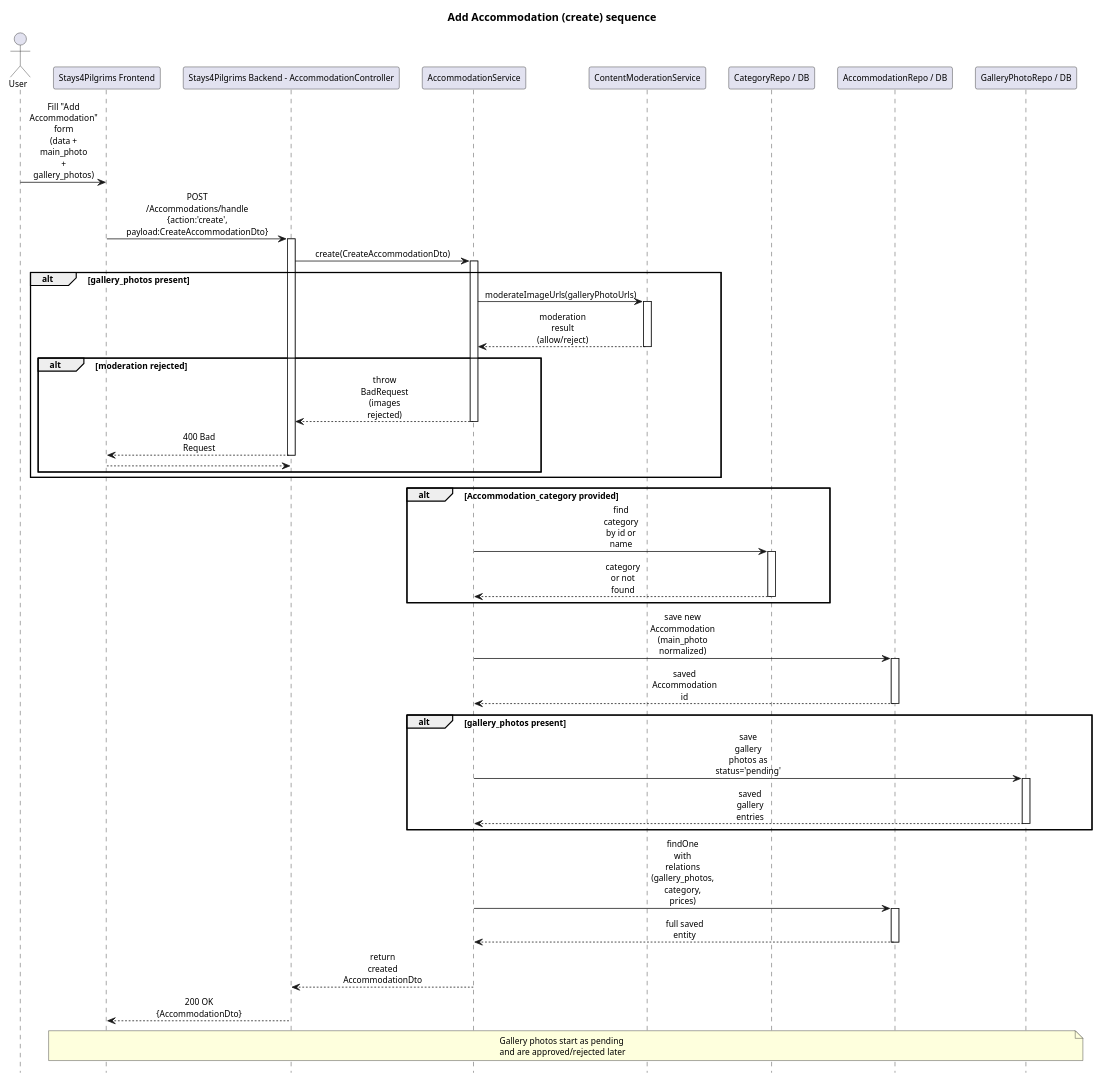
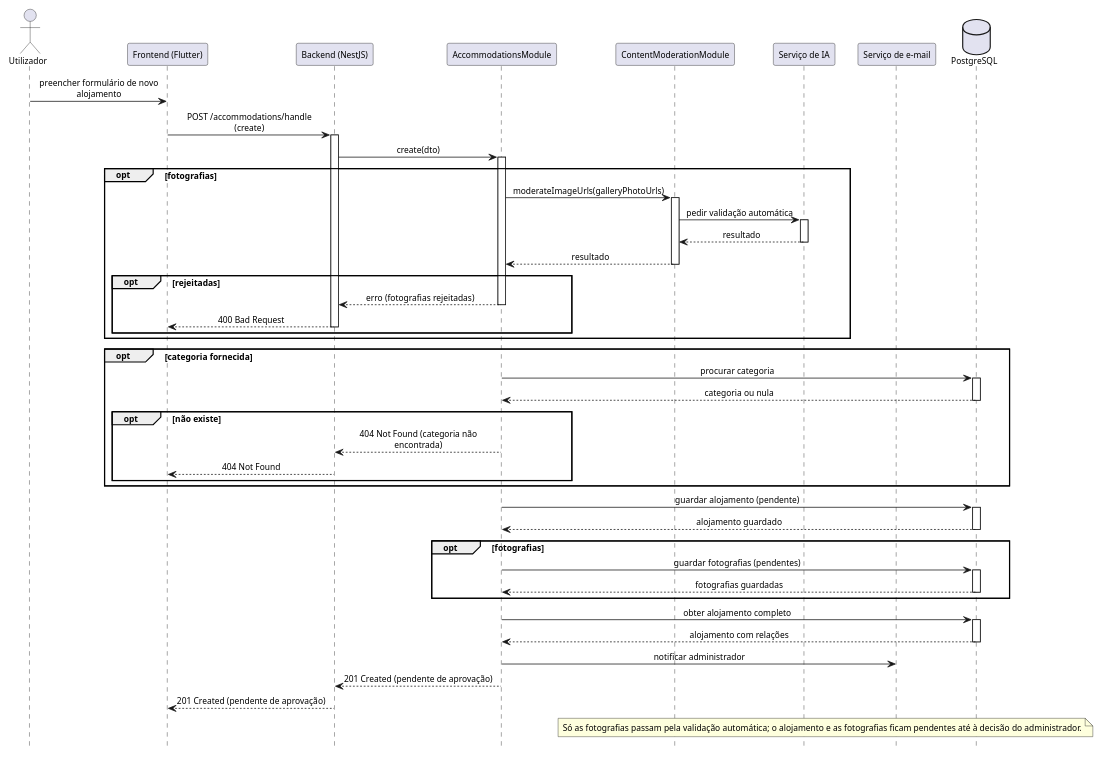
One commit to alegna83/cookbook-be changed the diagram in docs/diagrams/sequence-add-accommodation.puml. Above: the diagram before and after it, drawn with PlantUML. The commit also changed 2 other files, not shown here.

Commit message:
sequence add accommodation

```diff
--- a/docs/diagrams/sequence-add-accommodation.puml
+++ b/docs/diagrams/sequence-add-accommodation.puml
@@ -1,73 +1,84 @@
 @startuml
-title Add Accommodation (create) sequence
 scale 0.85
 hide footbox
 skinparam defaultFontName Arial
 skinparam defaultFontSize 11
-skinparam maxMessageSize 55
+skinparam maxMessageSize 200
 skinparam sequence {
   ParticipantPadding 10
   BoxPadding 8
   MessageAlign center
   ArrowThickness 1
 }
-actor User
-participant "Stays4Pilgrims Frontend" as FE
-participant "Stays4Pilgrims Backend - AccommodationController" as API
-participant "AccommodationService" as SVC
-participant "ContentModerationService" as MOD
-participant "CategoryRepo / DB" as CATDB
-participant "AccommodationRepo / DB" as ADB
-participant "GalleryPhotoRepo / DB" as GDB
+actor Utilizador
+participant "Frontend (Flutter)" as FE
+participant "Backend (NestJS)" as API
+participant "AccommodationsModule" as SVC
+participant "ContentModerationModule" as MOD
+participant "Serviço de IA" as AI
+participant "Serviço de e-mail" as EMAIL
+database "PostgreSQL" as DB
 
-User -> FE: Fill "Add Accommodation" form\n(data + main_photo + gallery_photos)
-FE -> API: POST /Accommodations/handle\n{action:'create', payload:CreateAccommodationDto}
+Utilizador -> FE: preencher formulário de novo alojamento
+FE -> API: POST /accommodations/handle (create)
 activate API
-API -> SVC: create(CreateAccommodationDto)
+API -> SVC: create(dto)
 activate SVC
-alt gallery_photos present
+
+opt fotografias
   SVC -> MOD: moderateImageUrls(galleryPhotoUrls)
   activate MOD
-  MOD --> SVC: moderation result (allow/reject)
+  MOD -> AI: pedir validação automática
+  activate AI
+  AI --> MOD: resultado
+  deactivate AI
+  MOD --> SVC: resultado
   deactivate MOD
-  alt moderation rejected
-    SVC --> API: throw BadRequest (images rejected)
+  opt rejeitadas
+    SVC --> API: erro (fotografias rejeitadas)
     deactivate SVC
     API --> FE: 400 Bad Request
     deactivate API
-    return
   end
 end
 
-alt Accommodation_category provided
-  SVC -> CATDB: find category by id or name
-  activate CATDB
-  CATDB --> SVC: category or not found
-  deactivate CATDB
+opt categoria fornecida
+  SVC -> DB: procurar categoria
+  activate DB
+  DB --> SVC: categoria ou nula
+  deactivate DB
+  opt não existe
+    SVC --> API: 404 Not Found (categoria não encontrada)
+    deactivate SVC
+    API --> FE: 404 Not Found
+    deactivate API
+  end
 end
 
-SVC -> ADB: save new Accommodation\n(main_photo normalized)
-activate ADB
-ADB --> SVC: saved Accommodation id
-deactivate ADB
+SVC -> DB: guardar alojamento (pendente)
+activate DB
+DB --> SVC: alojamento guardado
+deactivate DB
 
-alt gallery_photos present
-  SVC -> GDB: save gallery photos as status='pending'
-  activate GDB
-  GDB --> SVC: saved gallery entries
-  deactivate GDB
+opt fotografias
+  SVC -> DB: guardar fotografias (pendentes)
+  activate DB
+  DB --> SVC: fotografias guardadas
+  deactivate DB
 end
 
-SVC -> ADB: findOne with relations\n(gallery_photos, category, prices)
-activate ADB
-ADB --> SVC: full saved entity
-deactivate ADB
+SVC -> DB: obter alojamento completo
+activate DB
+DB --> SVC: alojamento com relações
+deactivate DB
 
-SVC --> API: return created AccommodationDto
+SVC -> EMAIL: notificar administrador
+
+SVC --> API: 201 Created (pendente de aprovação)
 deactivate SVC
-API --> FE: 200 OK {AccommodationDto}
+API --> FE: 201 Created (pendente de aprovação)
 deactivate API
 
-note over FE,GDB: Gallery photos start as pending\nand are approved/rejected later
+note over MOD,DB: Só as fotografias passam pela validação automática; o alojamento e as fotografias ficam pendentes até à decisão do administrador.
 
 @enduml
```
